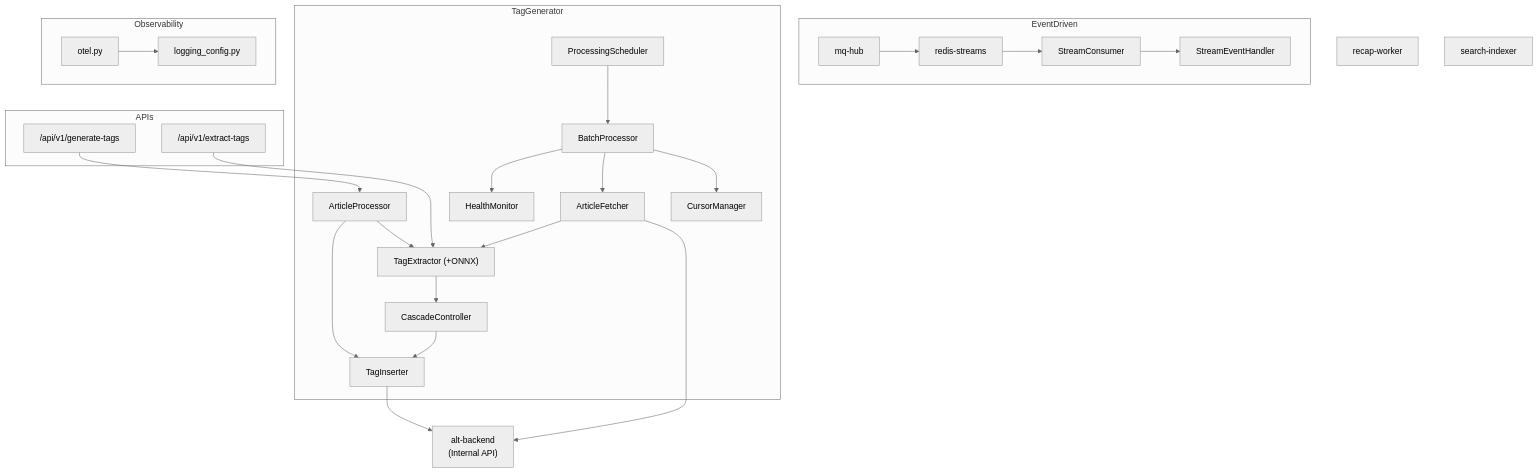
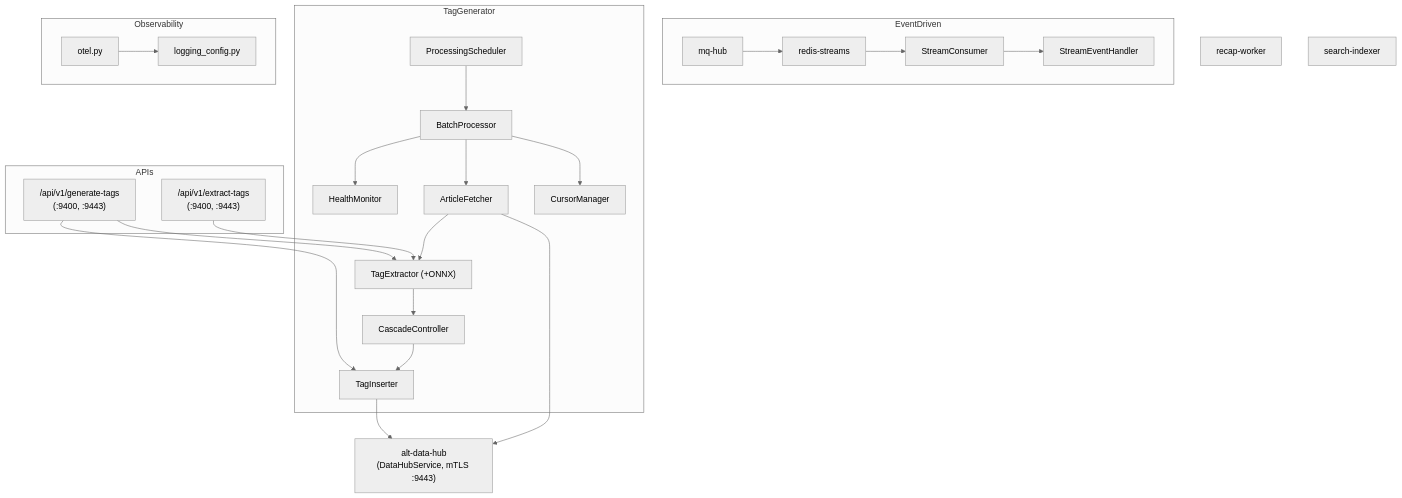
The diagram in docs/services/tag-generator.md (Kaikei-e/Alt), drawn with Mermaid (neutral theme) before and after one commit. The commit also changed other lines of this file and 76 other files, not shown here.

````diff
--- a/docs/services/tag-generator.md
+++ b/docs/services/tag-generator.md
@@ -16,50 +16,48 @@
 ```mermaid
 flowchart TD
     subgraph EventDriven
         RS[redis-streams]
         MQ[mq-hub]
         Consumer[StreamConsumer]
         Handler[StreamEventHandler]
     end
 
     subgraph TagGenerator
         Scheduler[ProcessingScheduler]
         BatchProc[BatchProcessor]
         Fetcher[ArticleFetcher]
         Extractor["TagExtractor (+ONNX)"]
         Cascade[CascadeController]
         Inserter[TagInserter]
         CursorMgr[CursorManager]
         HealthMon[HealthMonitor]
-        ArticleProc[ArticleProcessor]
     end
 
     subgraph APIs
-        API["/api/v1/generate-tags"]
-        ExtractAPI["/api/v1/extract-tags"]
+        API["/api/v1/generate-tags\n(:9400, :9443)"]
+        ExtractAPI["/api/v1/extract-tags\n(:9400, :9443)"]
     end
 
     subgraph Observability
         OTel[otel.py]
         LogConfig[logging_config.py]
     end
 
-    AltBackend["alt-backend\n(Internal API)"]
+    DataHub["alt-data-hub\n(DataHubService, mTLS :9443)"]
     Recap[recap-worker]
     Search[search-indexer]
 
     RS --> Consumer --> Handler
     MQ --> RS
     Scheduler --> BatchProc
     BatchProc --> CursorMgr
     BatchProc --> Fetcher
-    Fetcher --> AltBackend
-    Extractor --> Cascade --> Inserter --> AltBackend
+    Fetcher --> DataHub
+    Extractor --> Cascade --> Inserter --> DataHub
     Fetcher --> Extractor
     BatchProc --> HealthMon
-    ArticleProc --> Extractor
-    ArticleProc --> Inserter
-    API --> ArticleProc
+    API --> Extractor
+    API --> Inserter
     ExtractAPI --> Extractor
     OTel --> LogConfig
 ```
````
